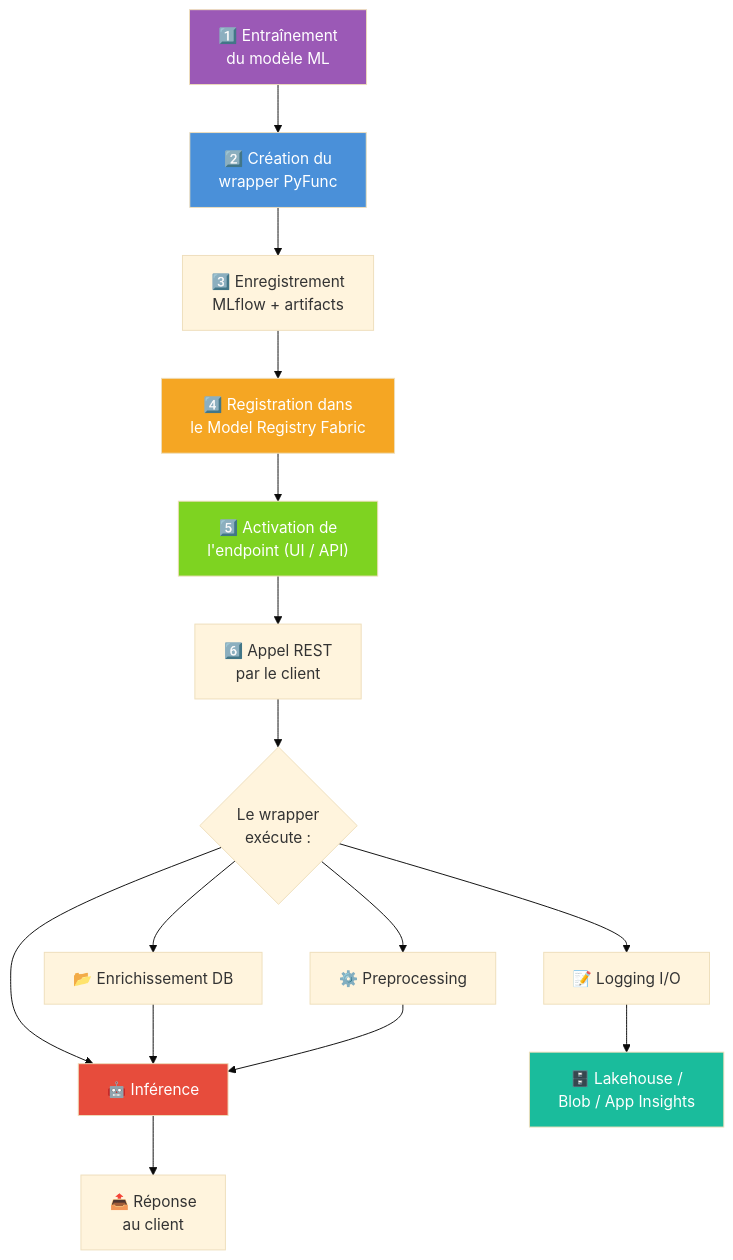
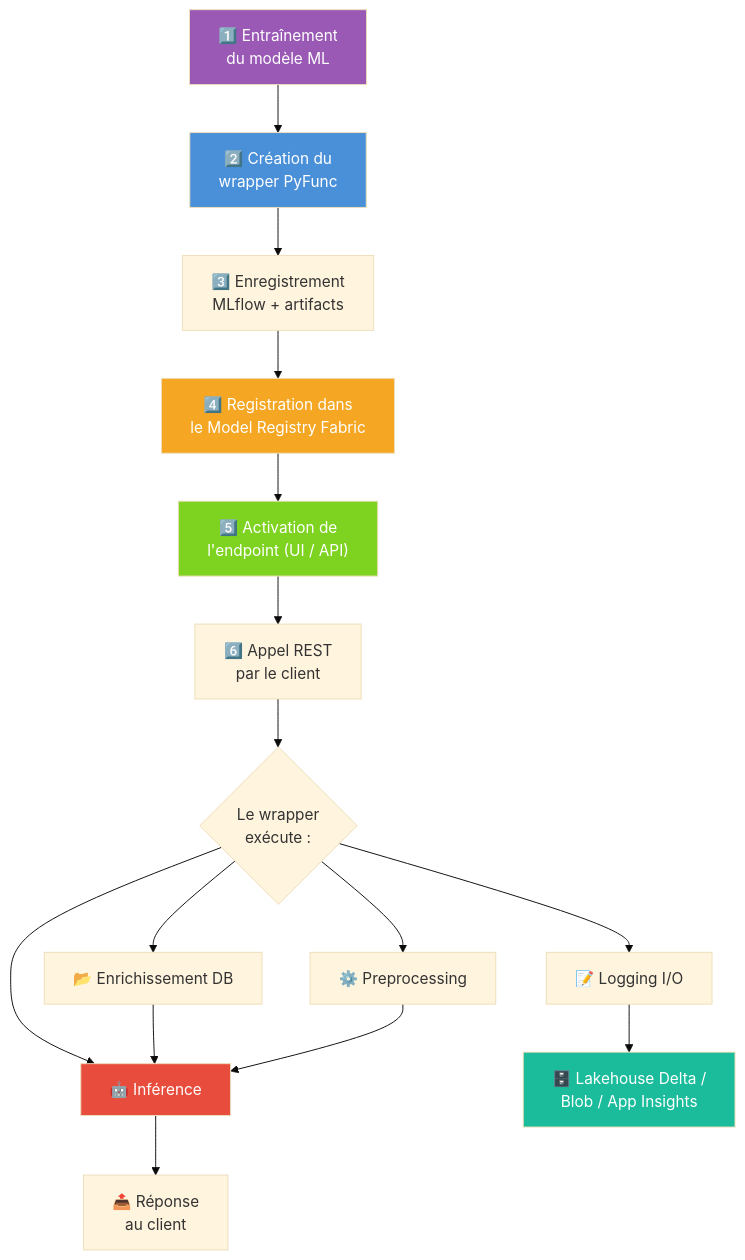
The fifth of 5 diagrams in MLinFabric.md (fredgis/fabric-foundry-kb), drawn with Mermaid (base theme) before and after one commit. The commit also changed other lines of this file, not shown here.

Commit message:
Update MLinFabric.md with Q&A section, Lakehouse logging example, and combined wrapper example

````diff
--- a/MLinFabric.md
+++ b/MLinFabric.md
@@ -202,24 +398,24 @@
 ```mermaid
 flowchart TD
     A["1️⃣ Entraînement\ndu modèle ML"] --> B["2️⃣ Création du\nwrapper PyFunc"]
     B --> C["3️⃣ Enregistrement\nMLflow + artifacts"]
     C --> D["4️⃣ Registration dans\nle Model Registry Fabric"]
     D --> E["5️⃣ Activation de\nl'endpoint (UI / API)"]
     E --> F["6️⃣ Appel REST\npar le client"]
     F --> G{"Le wrapper\nexécute :"}
     G --> H["📂 Enrichissement DB"]
     G --> I["⚙️ Preprocessing"]
     G --> J["🤖 Inférence"]
     G --> K["📝 Logging I/O"]
     H --> J
     I --> J
     J --> L["📤 Réponse\nau client"]
-    K --> M["🗄️ Lakehouse /\nBlob / App Insights"]
+    K --> M["🗄️ Lakehouse Delta /\nBlob / App Insights"]
 
     style A fill:#9b59b6,color:#fff
     style B fill:#4a90d9,color:#fff
     style D fill:#f5a623,color:#fff
     style E fill:#7ed321,color:#fff
     style J fill:#e74c3c,color:#fff
     style M fill:#1abc9c,color:#fff
 ```
````
